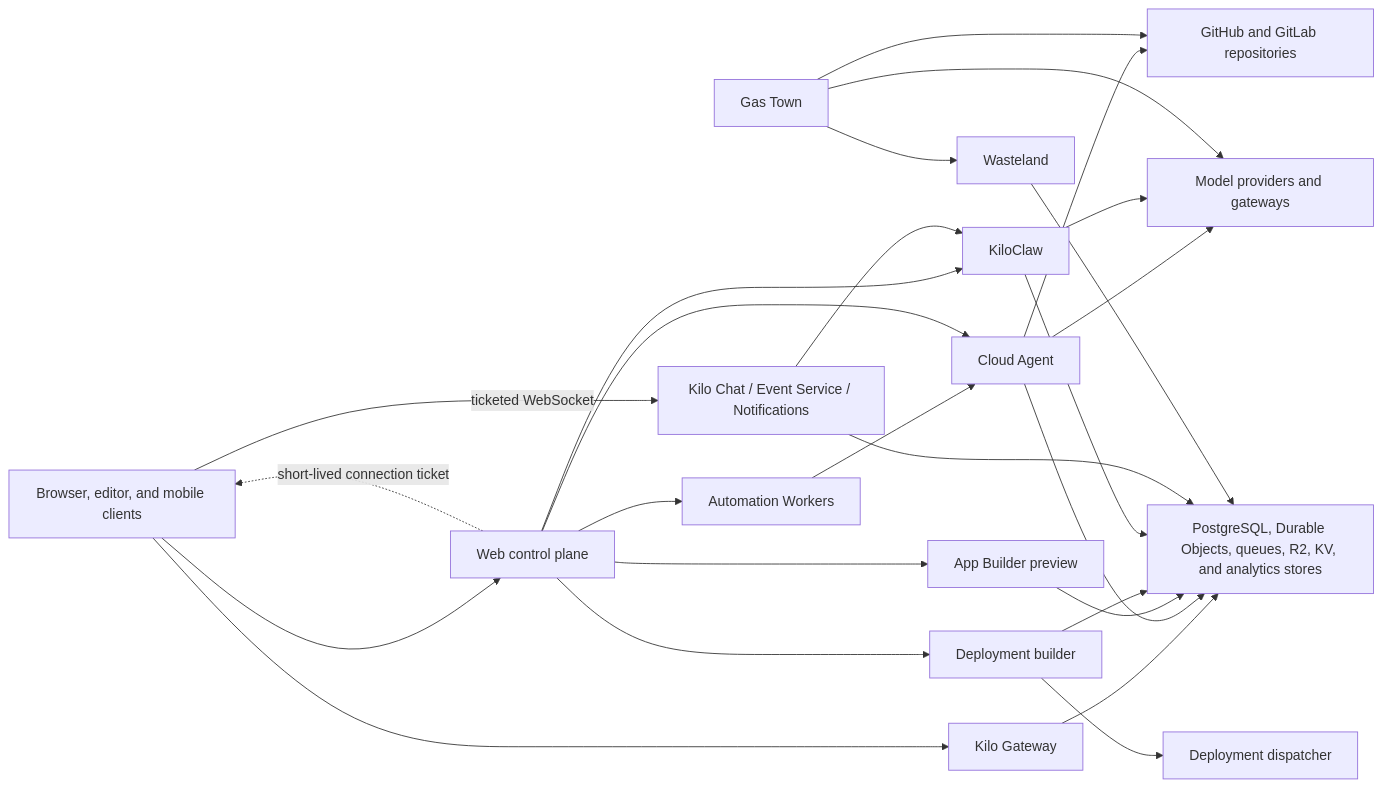
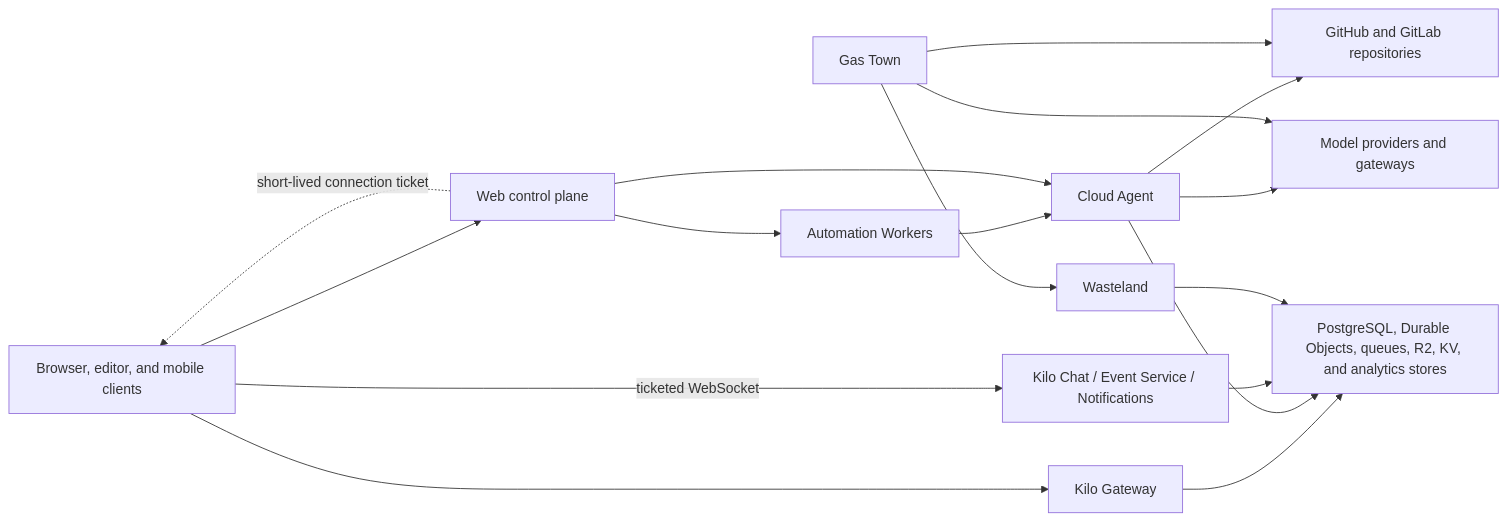
The first of 5 diagrams in packages/kilo-docs/pages/contributing/architecture/cloud-platform.md (Kilo-Org/kilocode), drawn with Mermaid before and after one commit. The commit also changed other lines of this file and 14 other files, not shown here.

First line of the commit message:
docs: remove sunset KiloClaw and App Builder

````diff
--- a/packages/kilo-docs/pages/contributing/architecture/cloud-platform.md
+++ b/packages/kilo-docs/pages/contributing/architecture/cloud-platform.md
@@ -45,42 +45,30 @@
 ```mermaid
 flowchart LR
   clients["Browser, editor, and mobile clients"]
   web["Web control plane"]
   gateway["Kilo Gateway"]
   automation["Automation Workers"]
   agent["Cloud Agent"]
-  preview["App Builder preview"]
-  deployBuilder["Deployment builder"]
-  deployEdge["Deployment dispatcher"]
-  claw["KiloClaw"]
   chat["Kilo Chat / Event Service / Notifications"]
   town["Gas Town"]
   wasteland["Wasteland"]
   repos["GitHub and GitLab repositories"]
   providers["Model providers and gateways"]
   stores["PostgreSQL, Durable Objects, queues, R2, KV, and analytics stores"]
 
   clients --> web
   clients --> gateway
   web -. "short-lived connection ticket" .-> clients
   clients -->|"ticketed WebSocket"| chat
   web --> automation --> agent
   web --> agent
-  web --> preview
-  web --> deployBuilder --> deployEdge
-  web --> claw
-  chat --> claw
   agent --> repos
   agent --> providers
-  claw --> providers
   town --> repos
   town --> providers
   town --> wasteland
   gateway --> stores
   agent --> stores
-  preview --> stores
-  deployBuilder --> stores
-  claw --> stores
   chat --> stores
   wasteland --> stores
 ```
````
